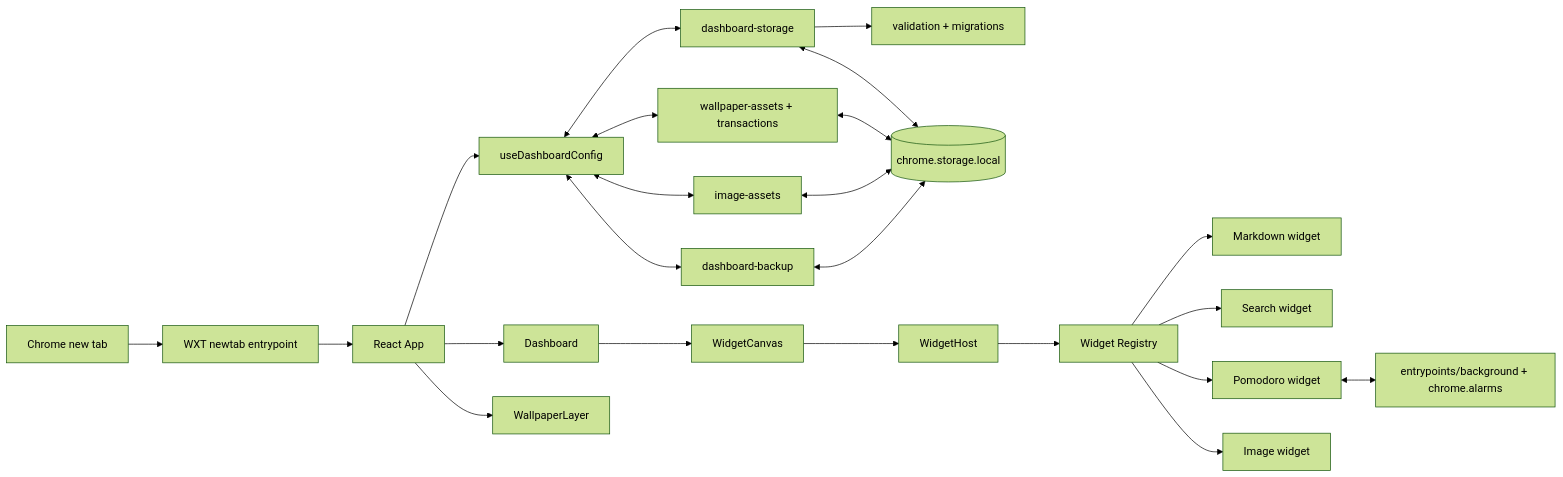
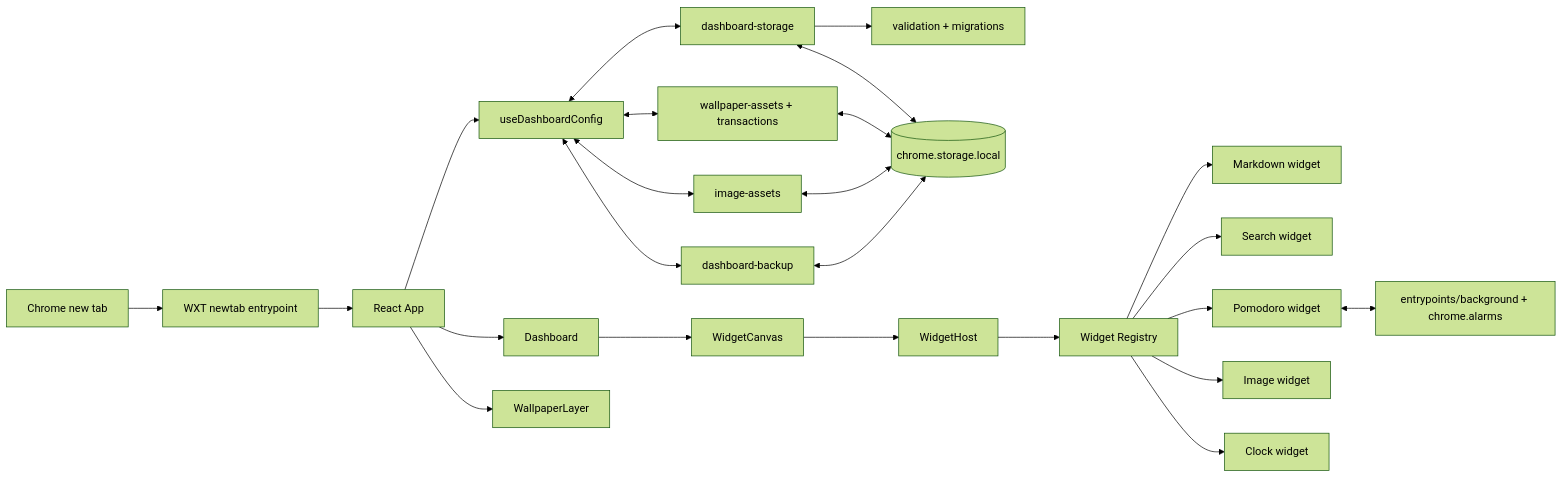
One commit to a-melchikov/chrome-start-page changed the diagram in docs/ARCHITECTURE.md. Above: the diagram before and after it, drawn with Mermaid (forest theme). The commit also changed other lines of this file and 28 other files, not shown here.

Commit message:
feat(ui): add digital clock widget with titleless centered card and custom select dropdowns

````diff
--- a/docs/ARCHITECTURE.md
+++ b/docs/ARCHITECTURE.md
@@ -5,25 +5,26 @@
 ```mermaid
 flowchart LR
   Chrome[Chrome new tab] --> WXT[WXT newtab entrypoint]
   WXT --> App[React App]
   App --> Hook[useDashboardConfig]
   Hook <--> Repo[dashboard-storage]
   Hook <--> WallpaperAssets[wallpaper-assets + transactions]
   Hook <--> ImageAssets[image-assets]
   Hook <--> Backup[dashboard-backup]
   Repo --> Validate[validation + migrations]
   Repo <--> Local[(chrome.storage.local)]
   WallpaperAssets <--> Local
   ImageAssets <--> Local
   Backup <--> Local
   App --> Dashboard
   App --> Wallpaper[WallpaperLayer]
   Dashboard --> Grid[WidgetCanvas]
   Grid --> Host[WidgetHost]
   Host --> Registry[Widget Registry]
   Registry --> Markdown[Markdown widget]
   Registry --> Search[Search widget]
   Registry --> Pomodoro[Pomodoro widget]
   Registry --> Image[Image widget]
+  Registry --> Clock[Clock widget]
   Pomodoro <--> Background[entrypoints/background + chrome.alarms]
 ```
````
